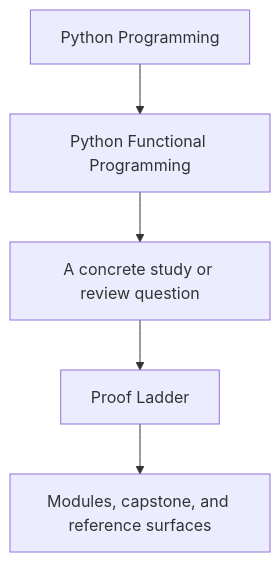
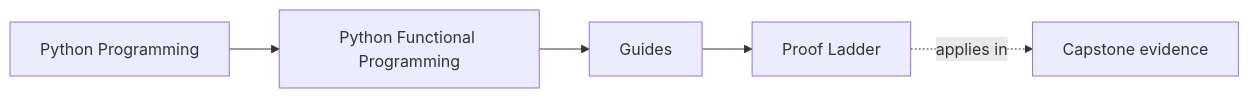
Before and after one commit to bijux/bijux-masterclass: the first of 2 diagrams in programs/python-programming/python-functional-programming/course-book/guides/proof-ladder.md, drawn with Mermaid. The commit also changed other lines of this file and 73 other files, not shown here.

Commit message:
docs(python-functional-programming): map orientation through streaming foundations

````diff
--- a/programs/python-programming/python-functional-programming/course-book/guides/proof-ladder.md
+++ b/programs/python-programming/python-functional-programming/course-book/guides/proof-ladder.md
@@ -6,7 +6,11 @@
 ```mermaid
-flowchart TD
-  family["Python Programming"] --> program["Python Functional Programming"]
-  program --> pressure["A concrete study or review question"]
-  pressure --> guide["Proof Ladder"]
-  guide --> next["Modules, capstone, and reference surfaces"]
+graph LR
+  family["Python Programming"]
+  program["Python Functional Programming"]
+  section["Guides"]
+  page["Proof Ladder"]
+  capstone["Capstone evidence"]
+
+  family --> program --> section --> page
+  page -.applies in.-> capstone
 ```
````
